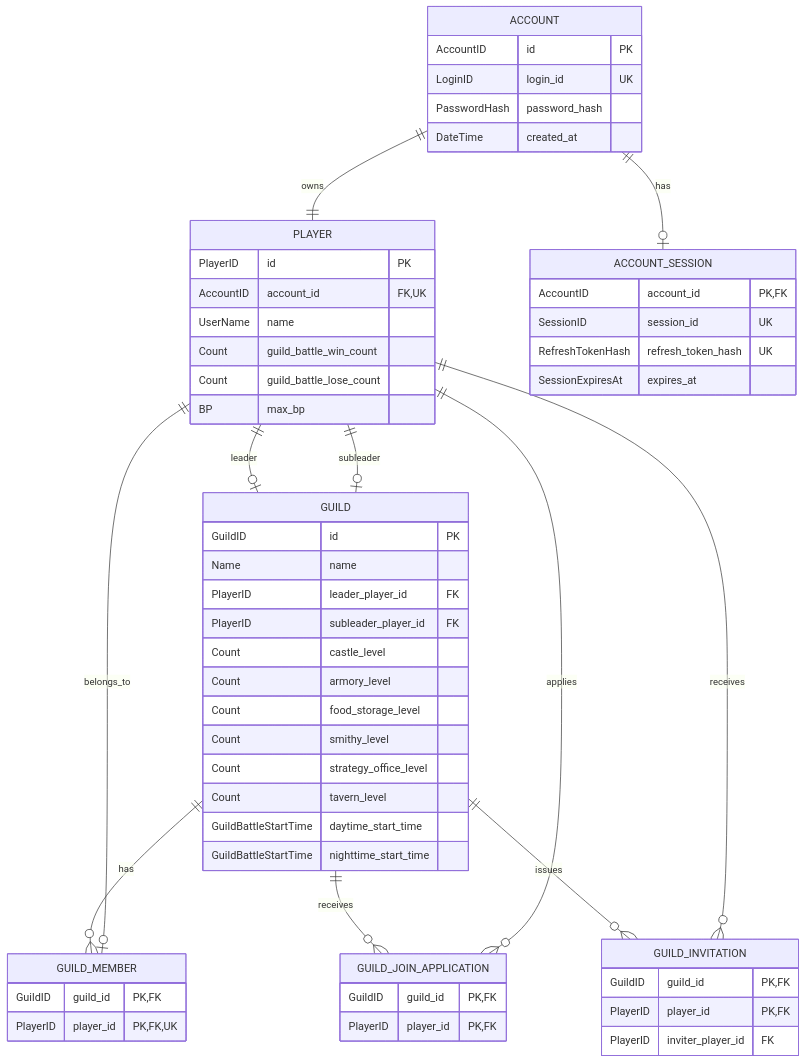
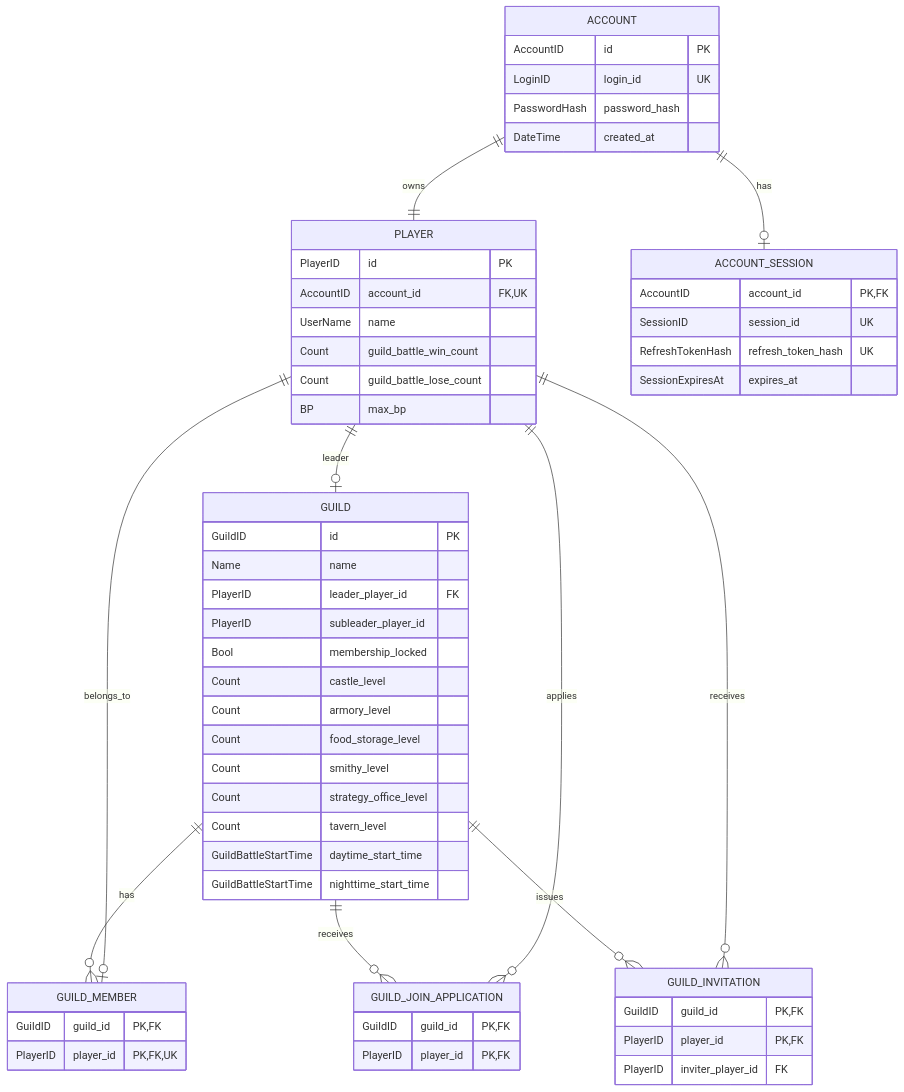
One commit to ReHydrangeaOdyssey/Specifications changed the first of 8 diagrams in design/data_base.md. Above: the diagram before and after it, drawn with Mermaid. The commit also changed other lines of this file and 13 other files, not shown here.

````diff
--- a/design/data_base.md
+++ b/design/data_base.md
@@ -11,68 +11,68 @@
 ```mermaid
 erDiagram
     ACCOUNT {
         AccountID id PK
         LoginID login_id UK
         PasswordHash password_hash
         DateTime created_at
     }
 
     PLAYER {
         PlayerID id PK
         AccountID account_id FK, UK
         UserName name
         Count guild_battle_win_count
         Count guild_battle_lose_count
         BP max_bp
     }
 
     ACCOUNT_SESSION {
         AccountID account_id PK, FK
         SessionID session_id UK
         RefreshTokenHash refresh_token_hash UK
         SessionExpiresAt expires_at
     }
 
     GUILD {
         GuildID id PK
         Name name
         PlayerID leader_player_id FK
-        PlayerID subleader_player_id FK
+        PlayerID subleader_player_id
+        Bool membership_locked
         Count castle_level
         Count armory_level
         Count food_storage_level
         Count smithy_level
         Count strategy_office_level
         Count tavern_level
         GuildBattleStartTime daytime_start_time
         GuildBattleStartTime nighttime_start_time
     }
 
     GUILD_MEMBER {
         GuildID guild_id PK, FK
         PlayerID player_id PK, FK, UK
     }
 
     GUILD_JOIN_APPLICATION {
         GuildID guild_id PK, FK
         PlayerID player_id PK, FK
     }
 
     GUILD_INVITATION {
         GuildID guild_id PK, FK
         PlayerID player_id PK, FK
         PlayerID inviter_player_id FK
     }
 
     ACCOUNT ||--|| PLAYER : owns
     ACCOUNT ||--o| ACCOUNT_SESSION : has
     GUILD ||--o{ GUILD_MEMBER : has
     PLAYER ||--o| GUILD_MEMBER : belongs_to
     GUILD ||--o{ GUILD_JOIN_APPLICATION : receives
     PLAYER ||--o{ GUILD_JOIN_APPLICATION : applies
     GUILD ||--o{ GUILD_INVITATION : issues
     PLAYER ||--o{ GUILD_INVITATION : receives
 
     PLAYER ||--o| GUILD : leader
-    PLAYER ||--o| GUILD : subleader
 ```
````
